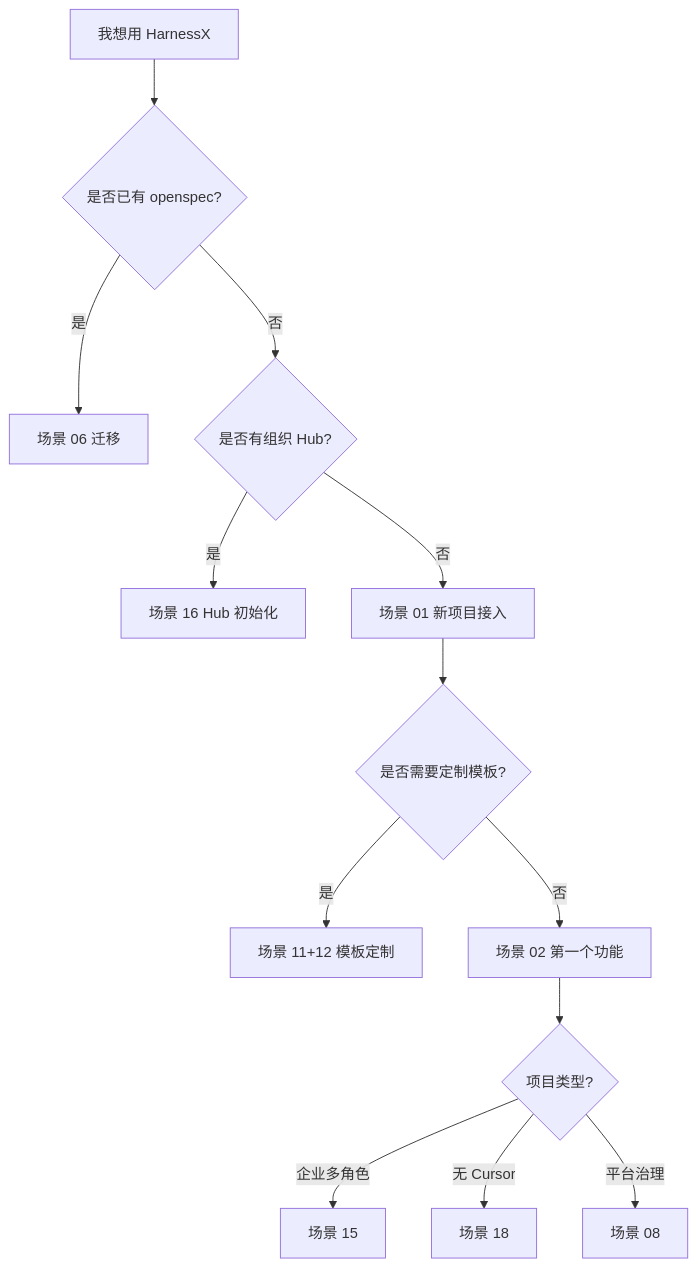
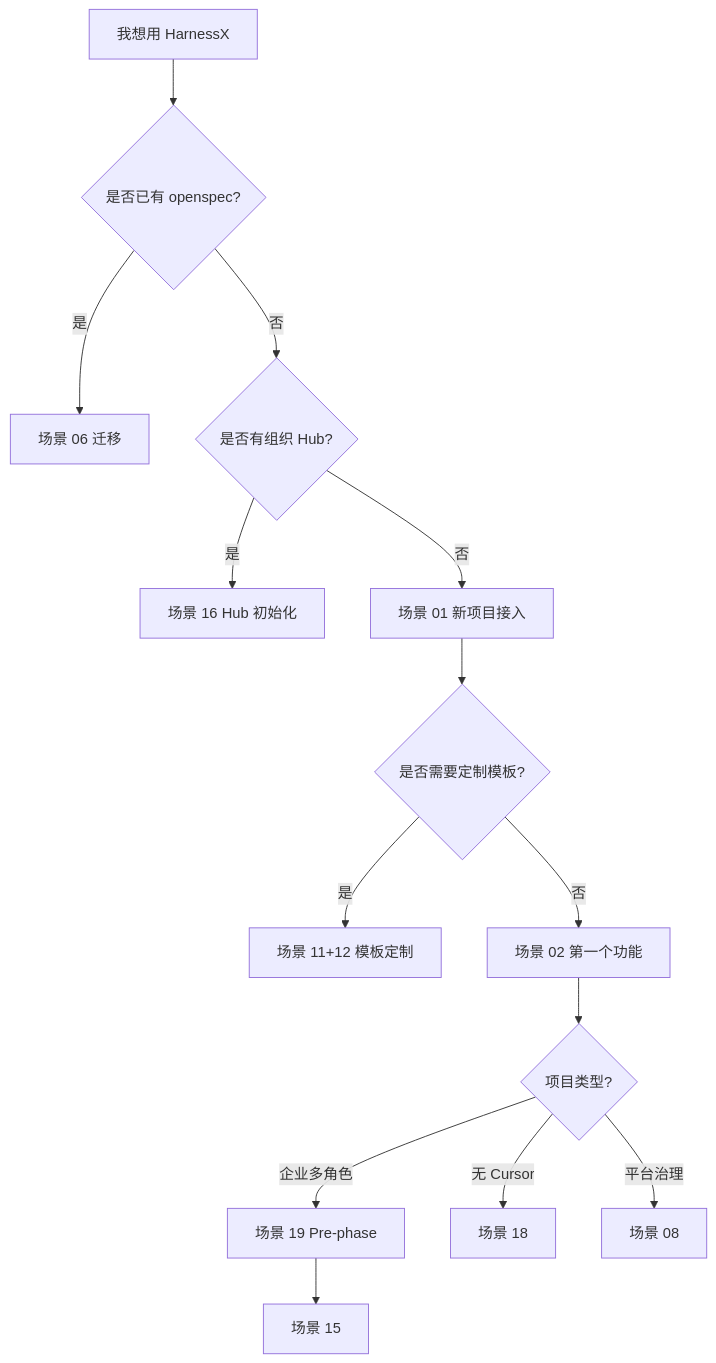
Before and after one commit to llm-insights-share/harnessX: the second of 2 diagrams in docs/usage-guide.zh-CN.md, drawn with Mermaid. The commit also changed other lines of this file and 11 other files, not shown here.

First line of the commit message:
docs: sync operation/usage guides and examples with M20 Pre-phase

````diff
--- a/docs/usage-guide.zh-CN.md
+++ b/docs/usage-guide.zh-CN.md
@@ -701,15 +705,16 @@
 ```mermaid
 flowchart TD
   Start[我想用 HarnessX] --> Q1{是否已有 openspec?}
   Q1 -->|是| S06[场景 06 迁移]
   Q1 -->|否| Q2{是否有组织 Hub?}
   Q2 -->|是| S16[场景 16 Hub 初始化]
   Q2 -->|否| S01[场景 01 新项目接入]
   S01 --> Q3{是否需要定制模板?}
   Q3 -->|是| S11[场景 11+12 模板定制]
   Q3 -->|否| S02[场景 02 第一个功能]
   S02 --> Q4{项目类型?}
-  Q4 -->|企业多角色| S15[场景 15]
+  Q4 -->|企业多角色| S19[场景 19 Pre-phase]
+  S19 --> S15[场景 15]
   Q4 -->|无 Cursor| S18[场景 18]
   Q4 -->|平台治理| S08[场景 08]
 ```
````
